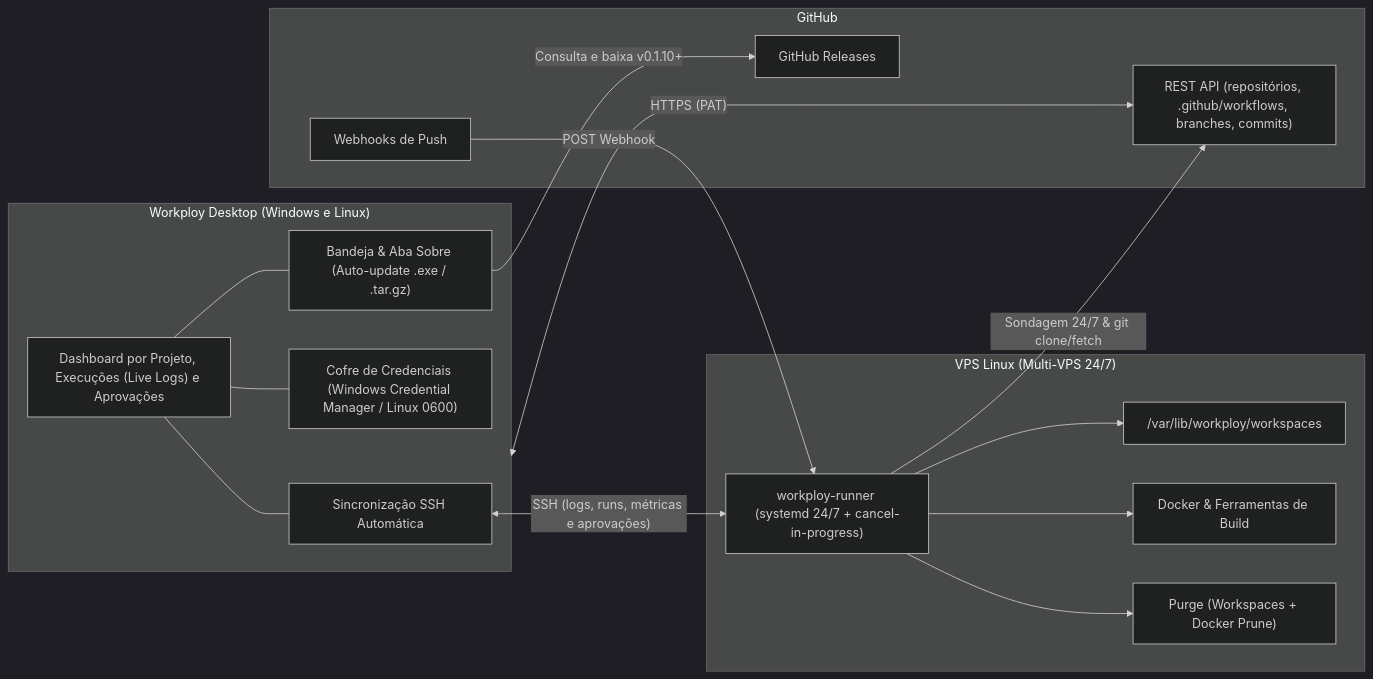
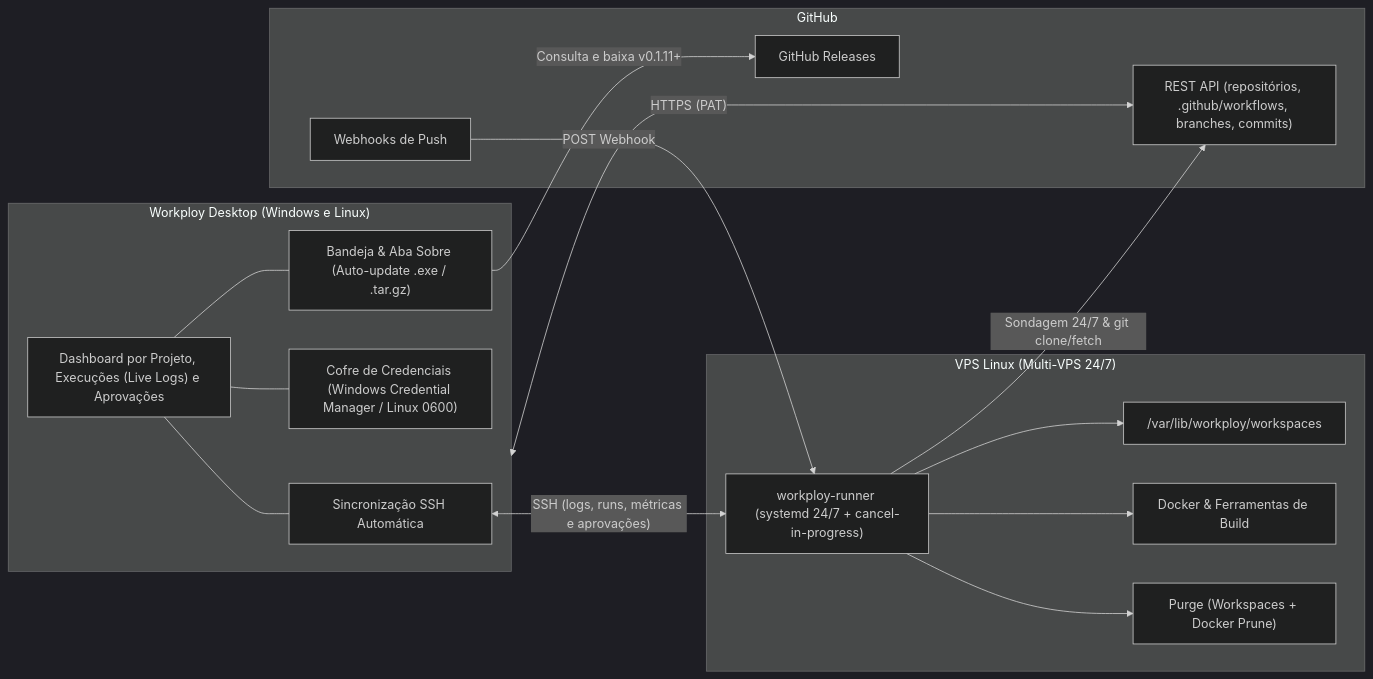
The diagram in README.md (matheuswidder/w-workploy), drawn with Mermaid (dark theme) before and after one commit. The commit also changed other lines of this file and 16 other files, not shown here.

````diff
--- a/README.md
+++ b/README.md
@@ -64,34 +64,34 @@
 ```mermaid
 flowchart LR
     subgraph Desktop["Workploy Desktop (Windows e Linux)"]
         UI["Dashboard por Projeto, Execuções (Live Logs) e Aprovações"]
         Sobre["Bandeja & Aba Sobre (Auto-update .exe / .tar.gz)"]
         Vault["Cofre de Credenciais (Windows Credential Manager / Linux 0600)"]
         Sync["Sincronização SSH Automática"]
         UI --- Sync
         UI --- Vault
         UI --- Sobre
     end
 
     subgraph GitHub["GitHub"]
         API["REST API (repositórios, .github/workflows, branches, commits)"]
         Hook["Webhooks de Push"]
         Releases["GitHub Releases"]
     end
 
     subgraph VPS["VPS Linux (Multi-VPS 24/7)"]
         Runner["workploy-runner (systemd 24/7 + cancel-in-progress)"]
         Workspaces["/var/lib/workploy/workspaces"]
         Docker["Docker & Ferramentas de Build"]
         Purge["Purge (Workspaces + Docker Prune)"]
         Runner --> Workspaces
         Runner --> Docker
         Runner --> Purge
     end
 
     Desktop <-->|"HTTPS (PAT)"| API
-    Sobre -->|"Consulta e baixa v0.1.10+"| Releases
+    Sobre -->|"Consulta e baixa v0.1.11+"| Releases
     Sync <-->|"SSH (logs, runs, métricas e aprovações)"| Runner
     Hook -->|"POST Webhook"| Runner
     Runner -->|"Sondagem 24/7 & git clone/fetch"| API
 ```
````
